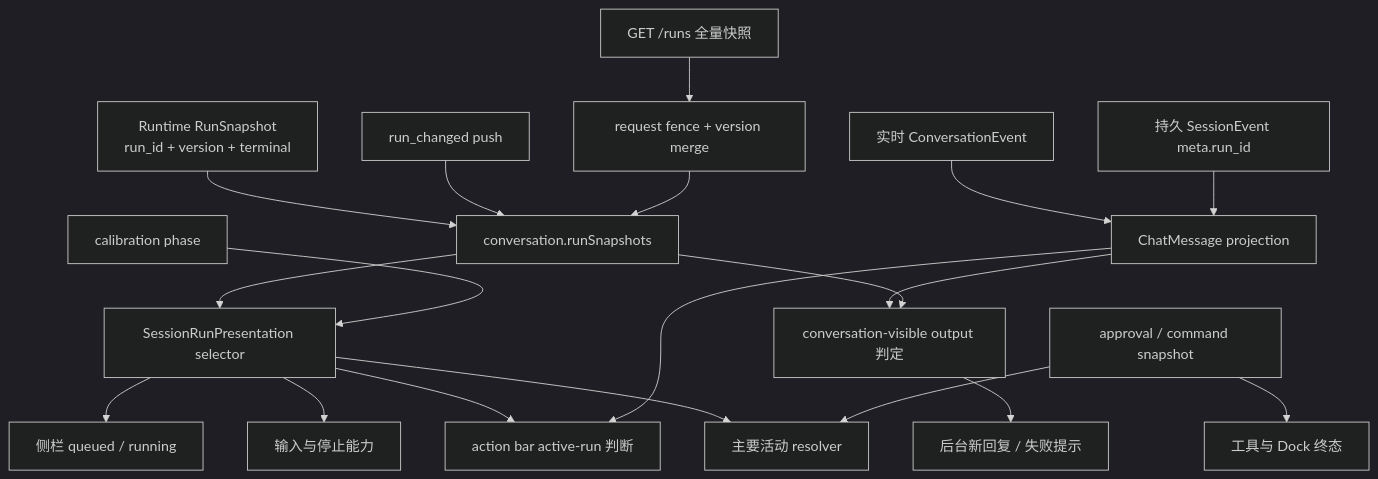
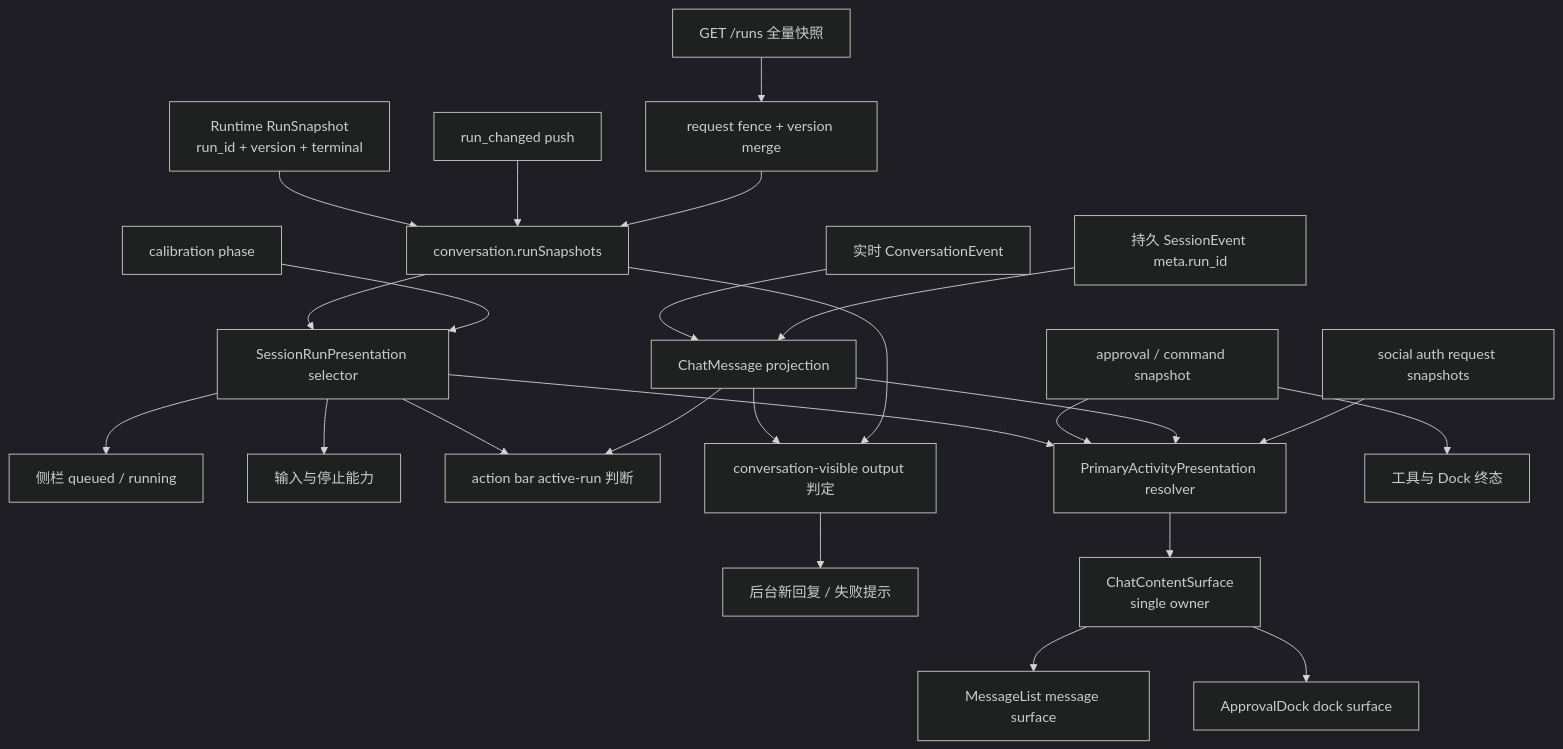
Before and after one commit to A1m233/agent-friend: the diagram in docs/requirements/107-active-run-state-consistency/design.md, drawn with Mermaid (dark theme). The commit also changed other lines of this file and 22 other files, not shown here.

````diff
--- a/docs/requirements/107-active-run-state-consistency/design.md
+++ b/docs/requirements/107-active-run-state-consistency/design.md
@@ -52,23 +63,28 @@
 ```mermaid
 flowchart TD
     R[Runtime RunSnapshot<br/>run_id + version + terminal] --> M[conversation.runSnapshots]
     P[run_changed push] --> M
     L[GET /runs 全量快照] --> F[request fence + version merge]
     F --> M
     M --> S[SessionRunPresentation selector]
     C[calibration phase] --> S
     S --> H[侧栏 queued / running]
     S --> I[输入与停止能力]
     S --> A[action bar active-run 判断]
-    S --> D[主要活动 resolver]
+    S --> D[PrimaryActivityPresentation resolver]
 
     E[实时 ConversationEvent] --> Q[ChatMessage projection]
     J[持久 SessionEvent meta.run_id] --> Q
     Q --> A
     Q --> U[conversation-visible output 判定]
     M --> U
     U --> N[后台新回复 / 失败提示]
 
     T[approval / command snapshot] --> D
+    Q --> D
+    G[social auth request snapshots] --> D
+    D --> O[ChatContentSurface<br/>single owner]
+    O --> ML[MessageList message surface]
+    O --> DK[ApprovalDock dock surface]
     T --> K[工具与 Dock 终态]
 ```
````
